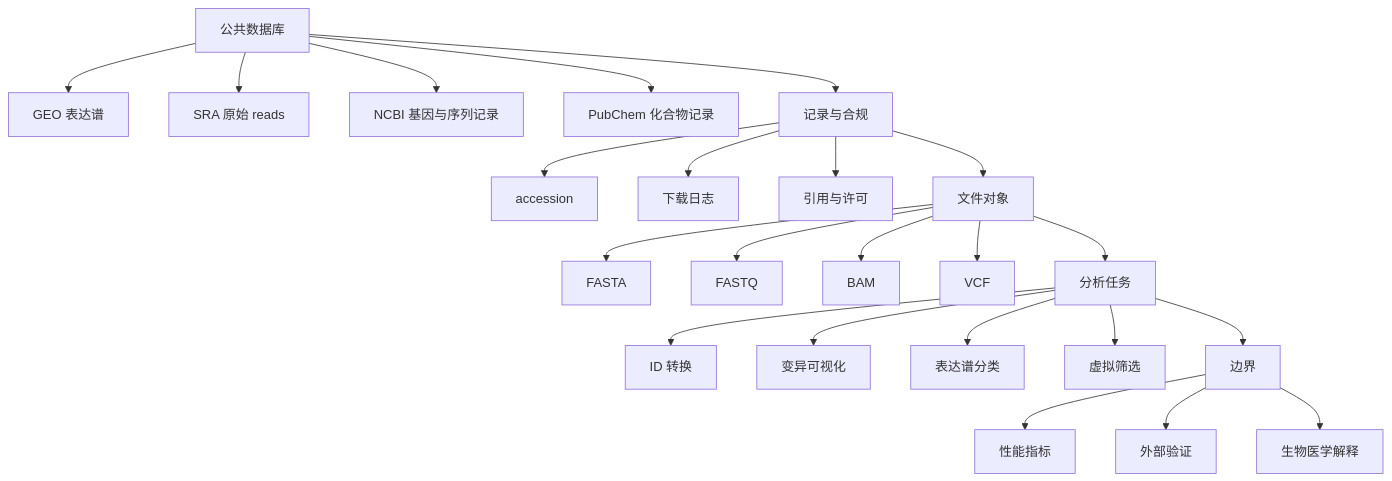
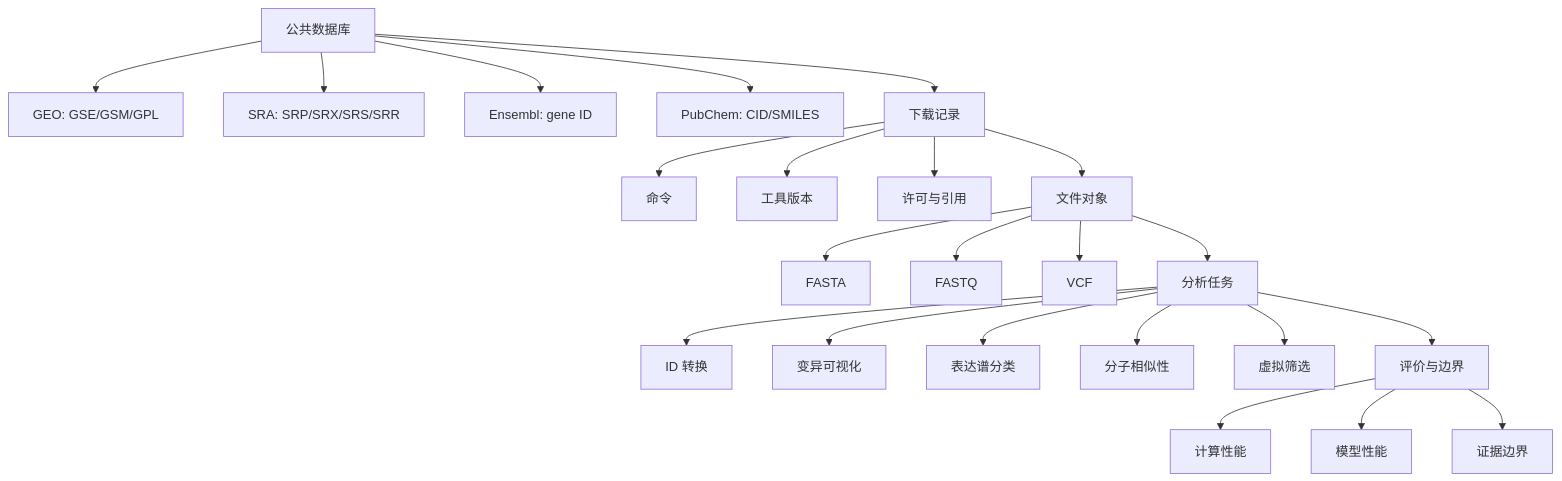
Before and after one commit to luvega/AI_MED_DataVis: the fifth of 5 diagrams in docs/chapters/chapter-13/index.md, drawn with Mermaid. The commit also changed other lines of this file and 84 other files, not shown here.

````diff
--- a/docs/chapters/chapter-13/index.md
+++ b/docs/chapters/chapter-13/index.md
@@ -276,22 +532,22 @@
 ```mermaid
 flowchart TB
-  A["公共数据库"] --> A1["GEO 表达谱"]
-  A --> A2["SRA 原始 reads"]
-  A --> A3["NCBI 基因与序列记录"]
-  A --> A4["PubChem 化合物记录"]
-  B["记录与合规"] --> B1["accession"]
-  B --> B2["下载日志"]
-  B --> B3["引用与许可"]
+  A["公共数据库"] --> A1["GEO: GSE/GSM/GPL"]
+  A --> A2["SRA: SRP/SRX/SRS/SRR"]
+  A --> A3["Ensembl: gene ID"]
+  A --> A4["PubChem: CID/SMILES"]
+  B["下载记录"] --> B1["命令"]
+  B --> B2["工具版本"]
+  B --> B3["许可与引用"]
   C["文件对象"] --> C1["FASTA"]
   C --> C2["FASTQ"]
-  C --> C3["BAM"]
-  C --> C4["VCF"]
+  C --> C3["VCF"]
   D["分析任务"] --> D1["ID 转换"]
   D --> D2["变异可视化"]
   D --> D3["表达谱分类"]
-  D --> D4["虚拟筛选"]
-  E["边界"] --> E1["性能指标"]
-  E --> E2["外部验证"]
-  E --> E3["生物医学解释"]
+  D --> D4["分子相似性"]
+  D --> D5["虚拟筛选"]
+  E["评价与边界"] --> E1["计算性能"]
+  E --> E2["模型性能"]
+  E --> E3["证据边界"]
   A --> B --> C --> D --> E
 ```
````
